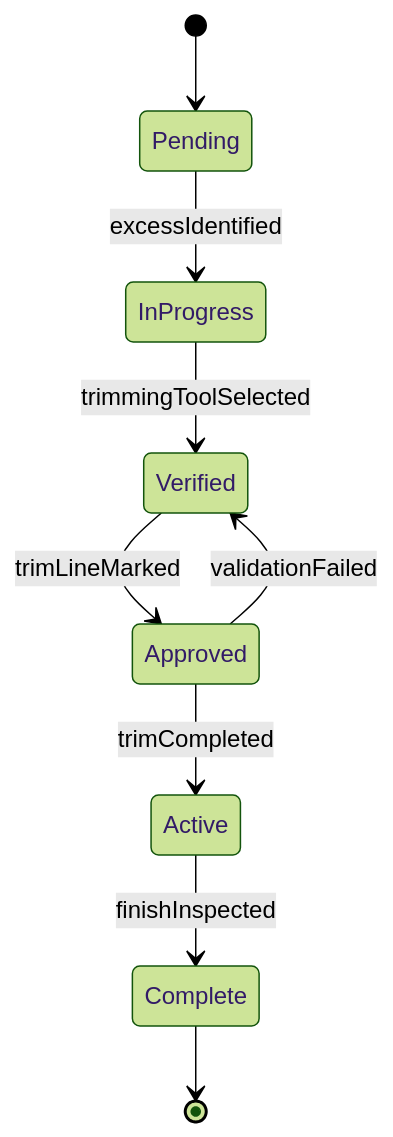
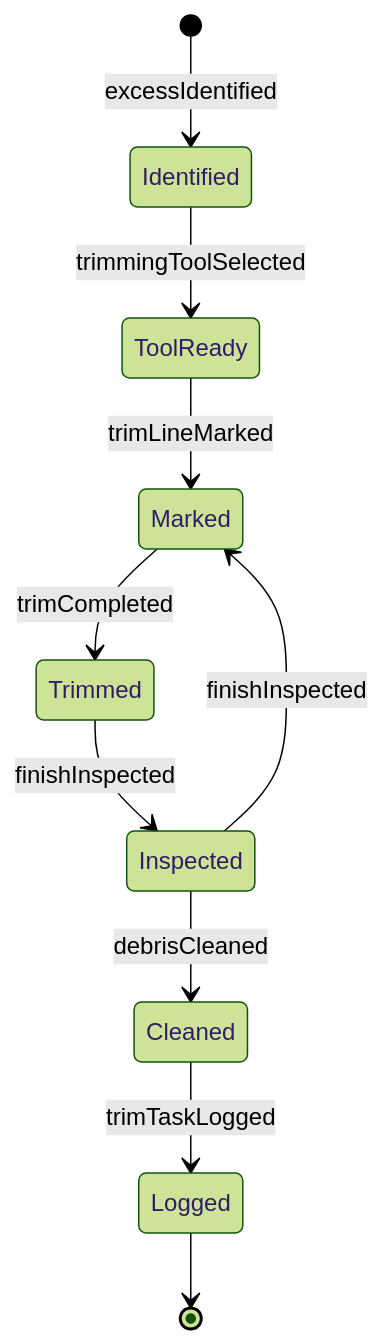
Before and after one commit to dot-org-ai/tasks.org.ai: the second of 4 diagrams in HandlingAndMovingObjects/CutMaterials/TrimExcessMaterialInstallations.mdx, drawn with Mermaid (forest theme). The commit also changed other lines of this file and 515 other files, not shown here.

````diff
--- a/HandlingAndMovingObjects/CutMaterials/TrimExcessMaterialInstallations.mdx
+++ b/HandlingAndMovingObjects/CutMaterials/TrimExcessMaterialInstallations.mdx
@@ -98,11 +99,12 @@
 ```mermaid
 stateDiagram-v2
-    [*] --> Pending
-    Pending --> InProgress : excessIdentified
-    InProgress --> Verified : trimmingToolSelected
-    Verified --> Approved : trimLineMarked
-    Approved --> Active : trimCompleted
-    Active --> Complete : finishInspected
-    Approved --> Verified : validationFailed
-    Complete --> [*]
+    [*] --> Identified : excessIdentified
+    Identified --> ToolReady : trimmingToolSelected
+    ToolReady --> Marked : trimLineMarked
+    Marked --> Trimmed : trimCompleted
+    Trimmed --> Inspected : finishInspected
+    Inspected --> Cleaned : debrisCleaned
+    Cleaned --> Logged : trimTaskLogged
+    Inspected --> Marked : finishInspected
+    Logged --> [*]
 ```
````
